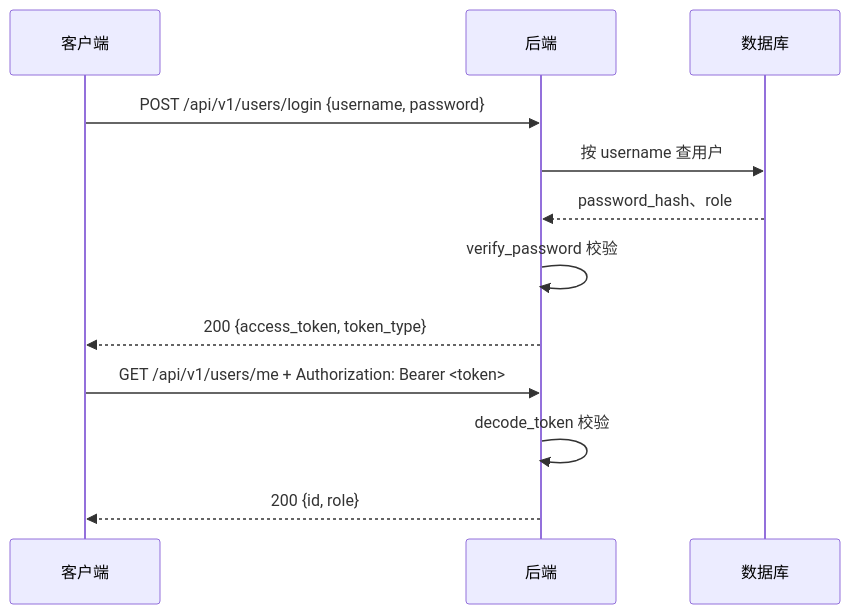
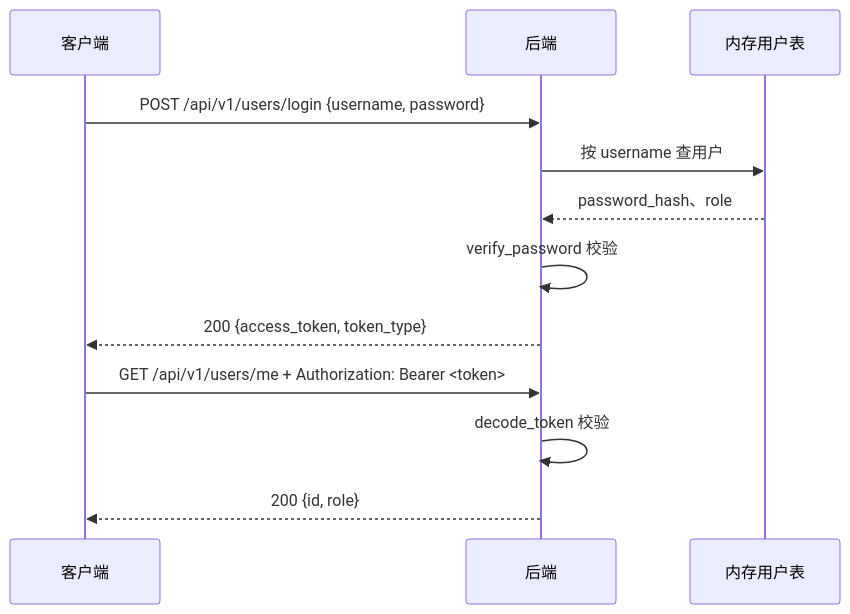
One commit to PrinZzzzjn/software-engineering-textbook changed the diagram in 软件工程实践-2.0/06-用户模块-登录认证.md. Above: the diagram before and after it, drawn with Mermaid. The commit also changed other lines of this file, not shown here.

````diff
--- a/软件工程实践-2.0/06-用户模块-登录认证.md
+++ b/软件工程实践-2.0/06-用户模块-登录认证.md
@@ -364,14 +274,14 @@
 ```mermaid
 sequenceDiagram
     participant C as 客户端
     participant S as 后端
-    participant D as 数据库
+    participant T as 内存用户表
     C->>S: POST /api/v1/users/login {username, password}
-    S->>D: 按 username 查用户
-    D-->>S: password_hash、role
+    S->>T: 按 username 查用户
+    T-->>S: password_hash、role
     S->>S: verify_password 校验
     S-->>C: 200 {access_token, token_type}
     C->>S: GET /api/v1/users/me + Authorization: Bearer <token>
     S->>S: decode_token 校验
     S-->>C: 200 {id, role}
 ```
````
